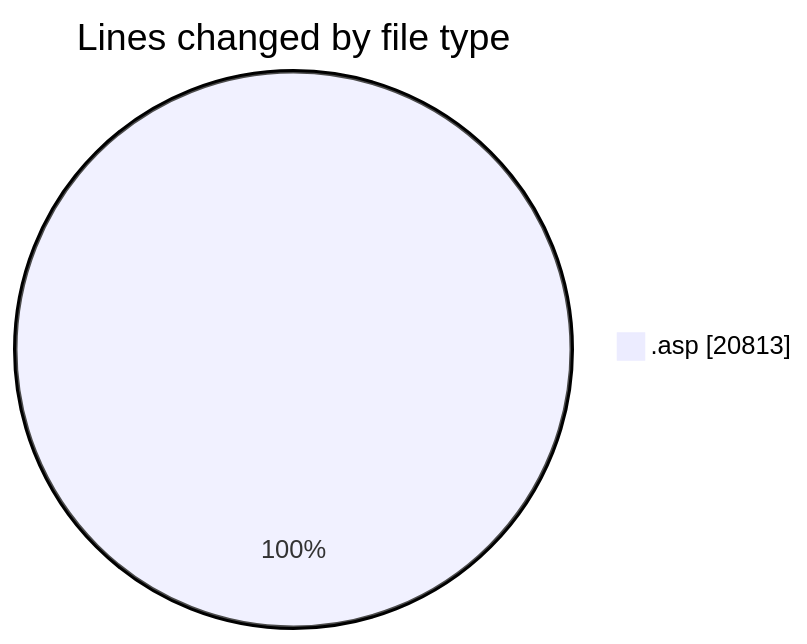
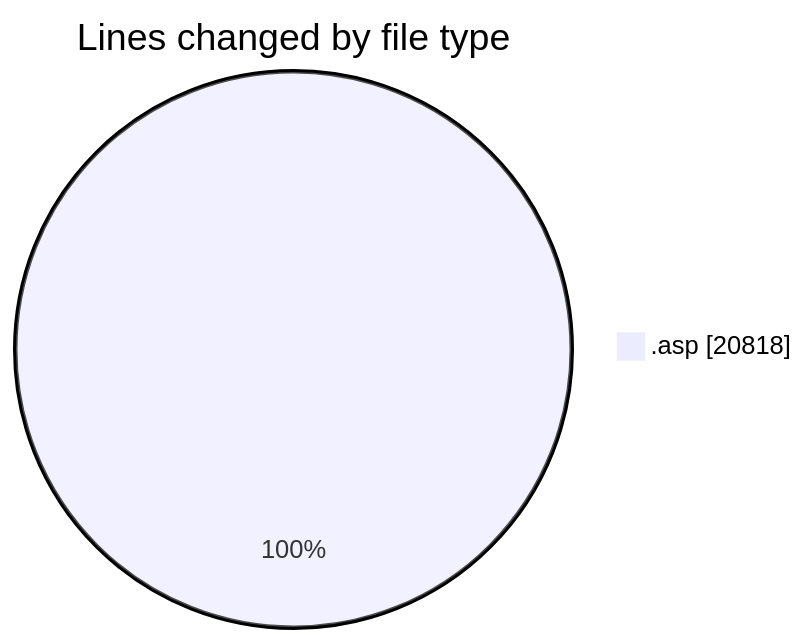
One commit to julien-gomy/code-tracking changed the first of 2 diagrams in 2025-11-14/cdp_aleoudev_fr__workspace_/README.md. Above: the diagram before and after it, drawn with Mermaid. The commit also changed other lines of this file and 1 other file, not shown here.

````diff
--- a/2025-11-14/cdp_aleoudev_fr__workspace_/README.md
+++ b/2025-11-14/cdp_aleoudev_fr__workspace_/README.md
@@ -37,5 +37,5 @@
 ```mermaid
 pie showData
 title Lines changed by file type
-".asp" : 20813
+".asp" : 20818
 ```
````
